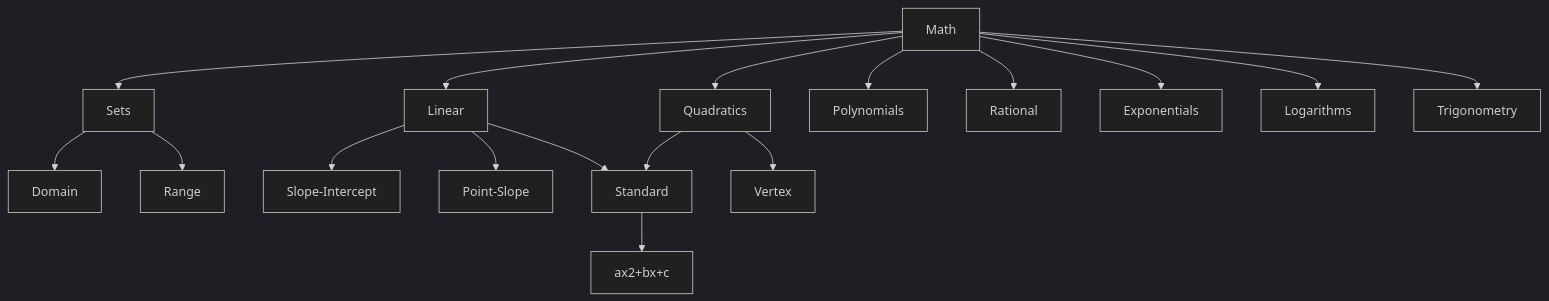
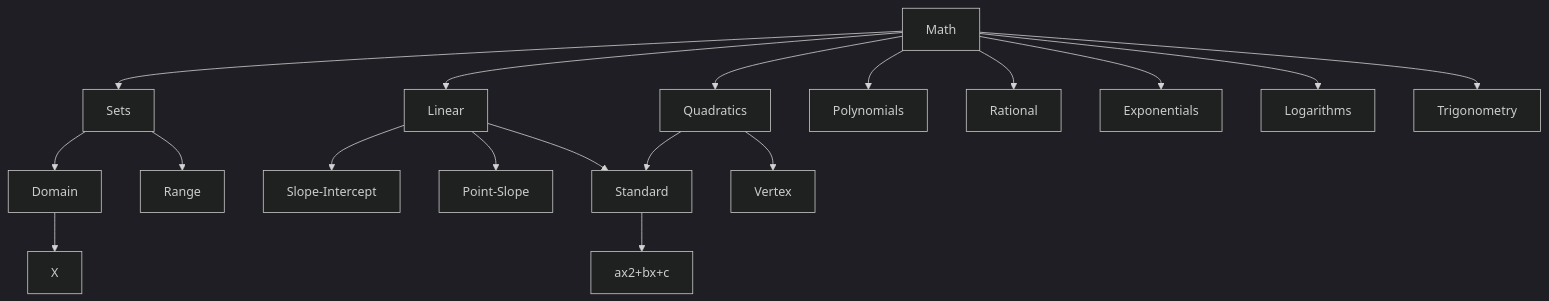
Before and after one commit to ccmas88/Hello-World: the diagram in README.md, drawn with Mermaid (dark theme).

````diff
--- a/README.md
+++ b/README.md
@@ -6,19 +6,20 @@
 ```mermaid
 graph TD;
     Math-->Sets;
          Sets-->Domain;
+              Domain-->X;
          Sets-->Range;
     Math-->Linear;
          Linear-->Slope-Intercept;
          Linear-->Point-Slope;
          Linear-->Standard;
     Math-->Quadratics;
          Quadratics-->Standard;
                  Standard-->ax2+bx+c;
          Quadratics-->Vertex;
     Math-->Polynomials;
     Math-->Rational;
     Math-->Exponentials;
     Math-->Logarithms;
     Math-->Trigonometry;
 ```
````
